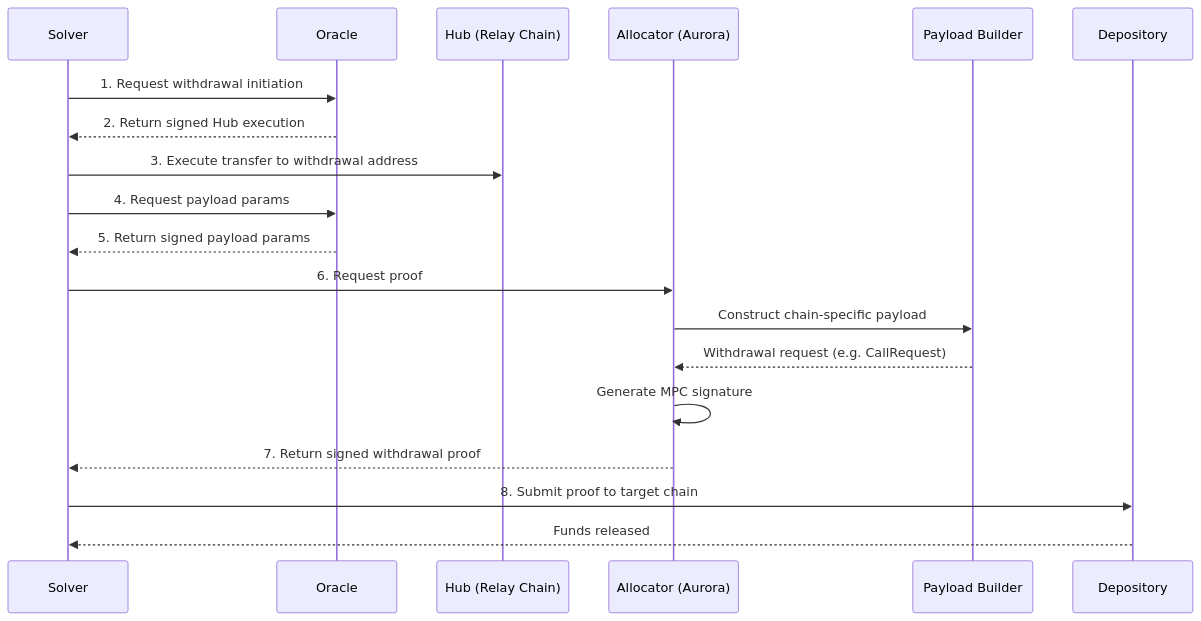
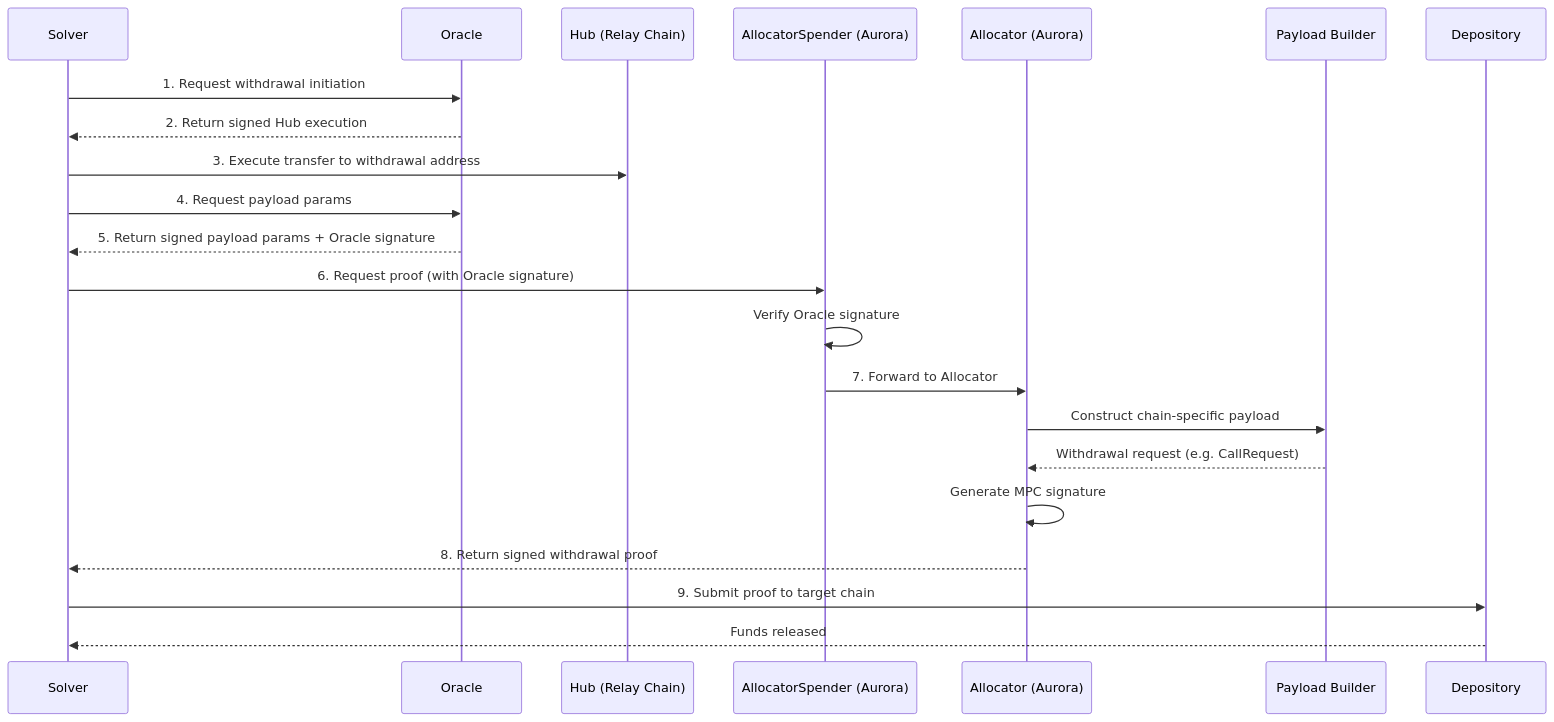
One commit to relayprotocol/relay-docs changed the diagram in references/protocol/components/allocator.mdx. Above: the diagram before and after it, drawn with Mermaid. The commit also changed other lines of this file and 3 other files, not shown here.

First line of the commit message:
Document RelayAllocatorSpender as Oracle-gated withdrawal gateway

````diff
--- a/references/protocol/components/allocator.mdx
+++ b/references/protocol/components/allocator.mdx
@@ -15,22 +15,25 @@
 ```mermaid
 sequenceDiagram
     participant Solver
     participant Oracle
     participant Hub as Hub (Relay Chain)
+    participant Spender as AllocatorSpender (Aurora)
     participant Allocator as Allocator (Aurora)
     participant PB as Payload Builder
     participant Depository
 
     Solver->>Oracle: 1. Request withdrawal initiation
     Oracle-->>Solver: 2. Return signed Hub execution
     Solver->>Hub: 3. Execute transfer to withdrawal address
     Solver->>Oracle: 4. Request payload params
-    Oracle-->>Solver: 5. Return signed payload params
-    Solver->>Allocator: 6. Request proof
+    Oracle-->>Solver: 5. Return signed payload params + Oracle signature
+    Solver->>Spender: 6. Request proof (with Oracle signature)
+    Spender->>Spender: Verify Oracle signature
+    Spender->>Allocator: 7. Forward to Allocator
     Allocator->>PB: Construct chain-specific payload
     PB-->>Allocator: Withdrawal request (e.g. CallRequest)
     Allocator->>Allocator: Generate MPC signature
-    Allocator-->>Solver: 7. Return signed withdrawal proof
-    Solver->>Depository: 8. Submit proof to target chain
+    Allocator-->>Solver: 8. Return signed withdrawal proof
+    Solver->>Depository: 9. Submit proof to target chain
     Depository-->>Solver: Funds released
 ```
````
